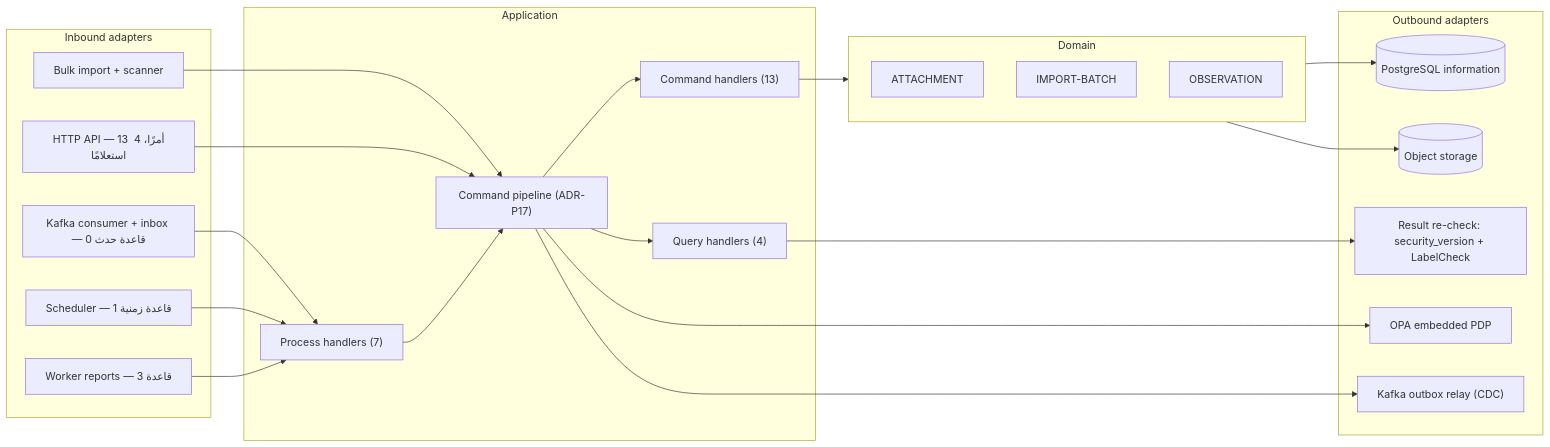
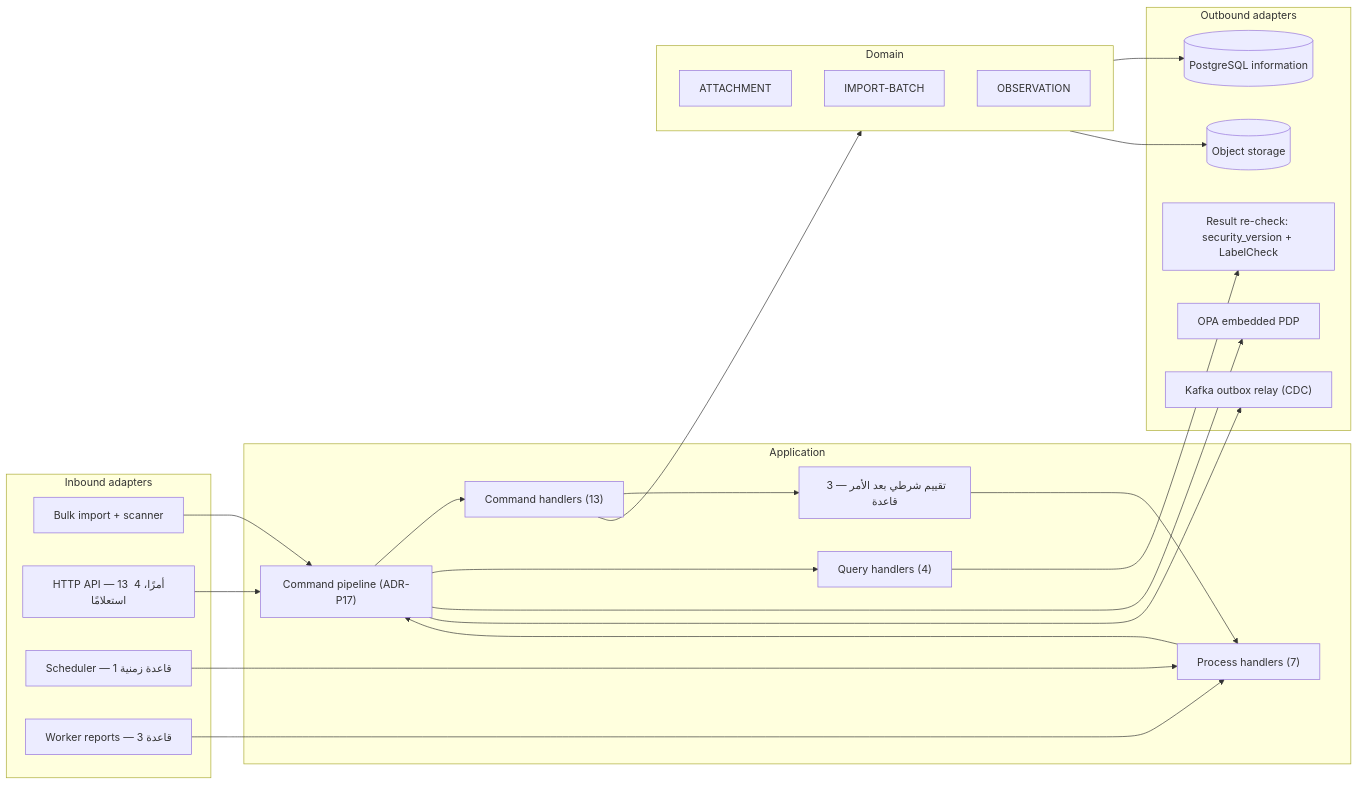
Before and after one commit to Ayoubkhattab/Planing: the fifth of 15 diagrams in spec/18-analysis-design/12-components.md, drawn with Mermaid. The commit also changed other lines of this file and 16 other files, not shown here.

````diff
--- a/spec/18-analysis-design/12-components.md
+++ b/spec/18-analysis-design/12-components.md
@@ -358,42 +371,43 @@
 ```mermaid
 flowchart LR
   subgraph IN["Inbound adapters"]
     XIN0["Bulk import + scanner"]
     HTTP["HTTP API — 13 أمرًا، 4 استعلامًا"]
-    KAFKA["Kafka consumer + inbox — 0 قاعدة حدث"]
     SCHED["Scheduler — 1 قاعدة زمنية"]
     WORK["Worker reports — 3 قاعدة"]
   end
   subgraph APP["Application"]
     PIPE["Command pipeline (ADR-P17)"]
     CH["Command handlers (13)"]
     QH["Query handlers (4)"]
+    POST["تقييم شرطي بعد الأمر — 3 قاعدة"]
     PH["Process handlers (7)"]
   end
   subgraph DOM["Domain"]
     AGG_ATTACHMENT["ATTACHMENT"]
     AGG_IMPORT_BATCH["IMPORT-BATCH"]
     AGG_OBSERVATION["OBSERVATION"]
   end
   subgraph OUT["Outbound adapters"]
     DB_information[("PostgreSQL information")]
     OPA["OPA embedded PDP"]
     RECHECK["Result re-check: security_version + LabelCheck"]
     S3[("Object storage")]
     BUS["Kafka outbox relay (CDC)"]
   end
   XIN0 --> PIPE
   HTTP --> PIPE
-  KAFKA --> PH
+  CH --> POST
+  POST --> PH
   SCHED --> PH
   WORK --> PH
   PIPE --> CH
   PIPE --> QH
   PH --> PIPE
   CH --> DOM
   DOM --> DB_information
   PIPE --> OPA
   QH --> RECHECK
   DOM --> S3
   PIPE --> BUS
 ```
````
